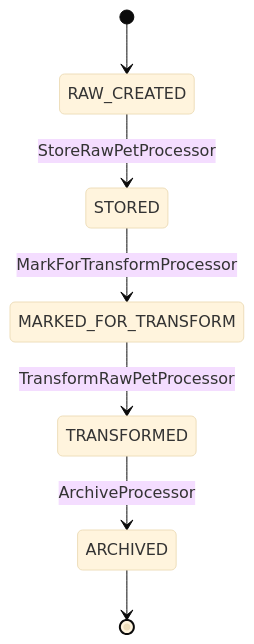
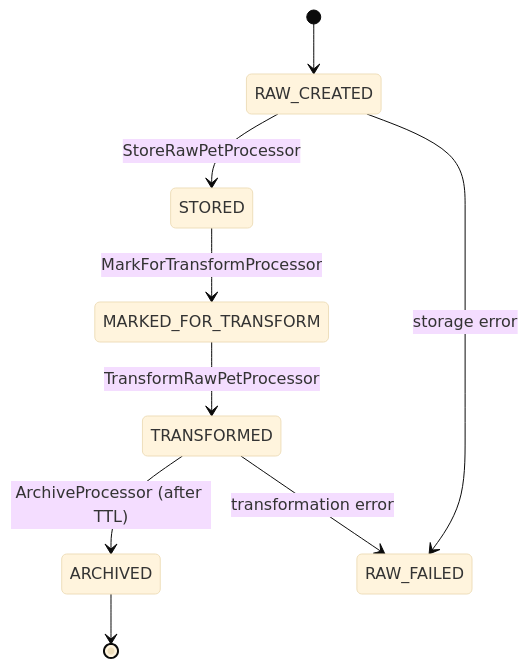
One commit to Cyoda-platform/java-client-template changed the second of 3 diagrams in src/main/java/com/java_template/prototype/functional_requirement.md. Above: the diagram before and after it, drawn with Mermaid (base theme). The commit also changed other lines of this file, not shown here.

````diff
--- a/src/main/java/com/java_template/prototype/functional_requirement.md
+++ b/src/main/java/com/java_template/prototype/functional_requirement.md
@@ -71,9 +143,11 @@
 ```mermaid
 stateDiagram-v2
     [*] --> RAW_CREATED
     RAW_CREATED --> STORED : StoreRawPetProcessor
     STORED --> MARKED_FOR_TRANSFORM : MarkForTransformProcessor
     MARKED_FOR_TRANSFORM --> TRANSFORMED : TransformRawPetProcessor
-    TRANSFORMED --> ARCHIVED : ArchiveProcessor
+    TRANSFORMED --> ARCHIVED : ArchiveProcessor (after TTL)
+    RAW_CREATED --> RAW_FAILED : storage error
+    TRANSFORMED --> RAW_FAILED : transformation error
     ARCHIVED --> [*]
 ```
````
